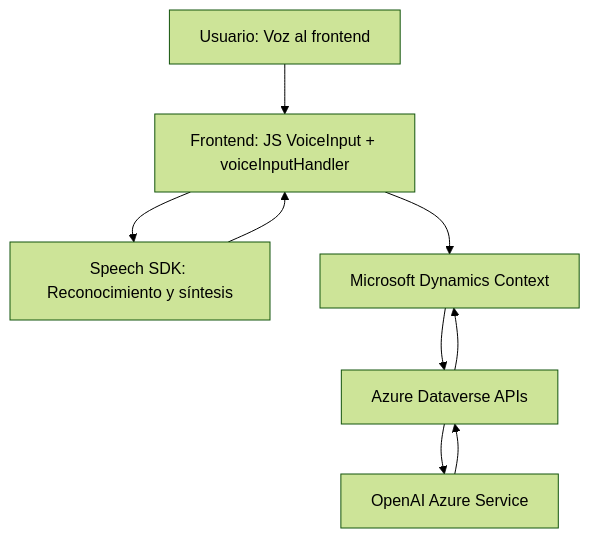
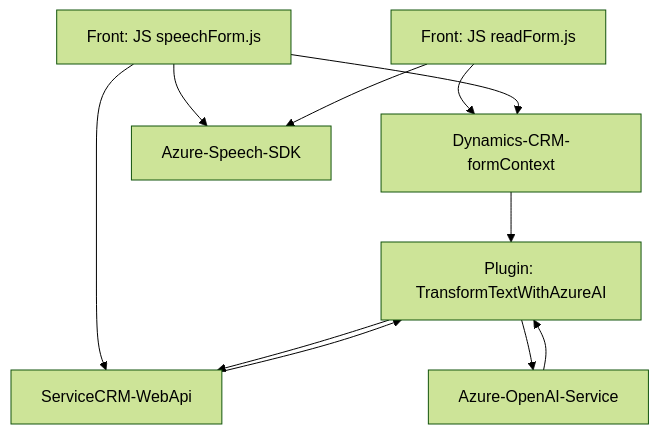
The diagram in README.md (blopezdm/NETCORE_BILBAO2025), drawn with Mermaid (forest theme) before and after one commit. The commit also changed other lines of this file, not shown here.

````diff
--- a/README.md
+++ b/README.md
@@ -40,18 +74,13 @@
 ```mermaid
 graph TD
-    A["Usuario: Voz al frontend"]
-    B["Frontend: JS VoiceInput + voiceInputHandler"]
-    C["Speech SDK: Reconocimiento y síntesis"]
-    D["Microsoft Dynamics Context"]
-    E["Azure Dataverse APIs"]
-    F["OpenAI Azure Service"]
-
-    A --> B
-    B --> C
-    B --> D
-    D --> E
+    A["Front: JS readForm.js"] --> C[Dynamics-CRM-formContext]
+    B["Front: JS speechForm.js"] --> C
+    B --> D["Azure-Speech-SDK"]
+    A --> D
+    B --> E["ServiceCRM-WebApi"]
+    F["Plugin: TransformTextWithAzureAI"] --> E
+    F --> G["Azure-OpenAI-Service"]
+    C --> F
     E --> F
-    F --> E
-    E --> D
-    C --> B
+    G --> F
 ```
````
